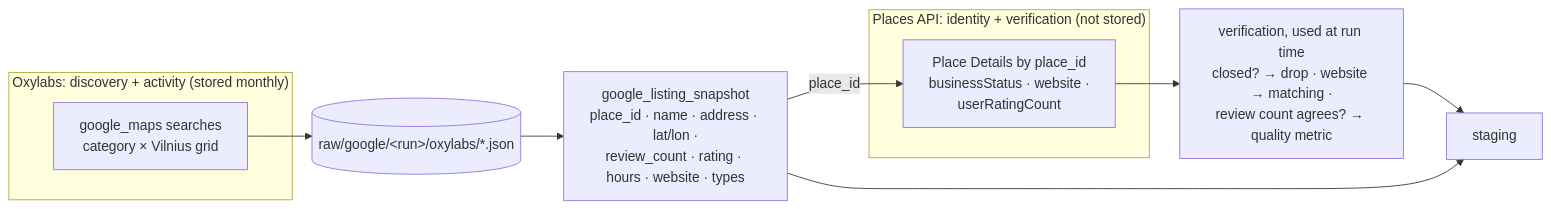
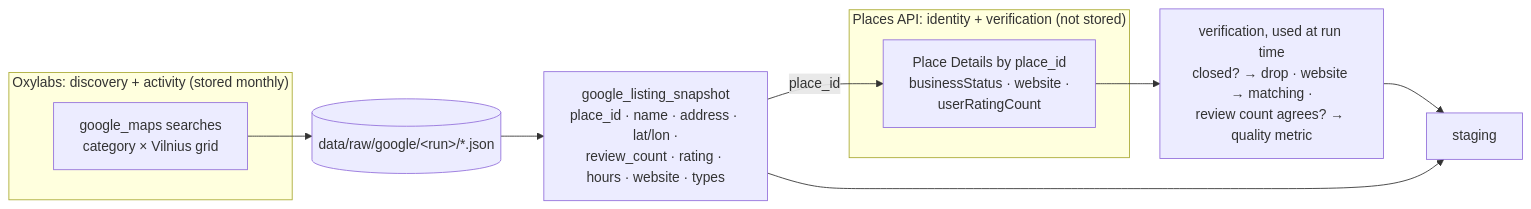
One commit to Gigisme/shadow-economy-leads changed the second of 5 diagrams in docs/ARCHITECTURE.md. Above: the diagram before and after it, drawn with Mermaid. The commit also changed other lines of this file and 9 other files, not shown here.

````diff
--- a/docs/ARCHITECTURE.md
+++ b/docs/ARCHITECTURE.md
@@ -95,15 +95,15 @@
 ```mermaid
 flowchart LR
     subgraph OX["Oxylabs: discovery + activity (stored monthly)"]
         OXS[google_maps searches<br/>category × Vilnius grid]
     end
     subgraph PA["Places API: identity + verification (not stored)"]
         PAD[Place Details by place_id<br/>businessStatus · website ·<br/>userRatingCount]
     end
-    OXS --> RAWO[(raw/google/&lt;run&gt;/oxylabs/*.json)]
+    OXS --> RAWO[(data/raw/google/&lt;run&gt;/*.json)]
     RAWO --> N[google_listing_snapshot<br/>place_id · name · address · lat/lon ·<br/>review_count · rating · hours · website · types]
     N -- place_id --> PAD
     PAD --> V[verification, used at run time<br/>closed? → drop · website → matching ·<br/>review count agrees? → quality metric]
     V --> STG[staging]
     N --> STG
 ```
````
